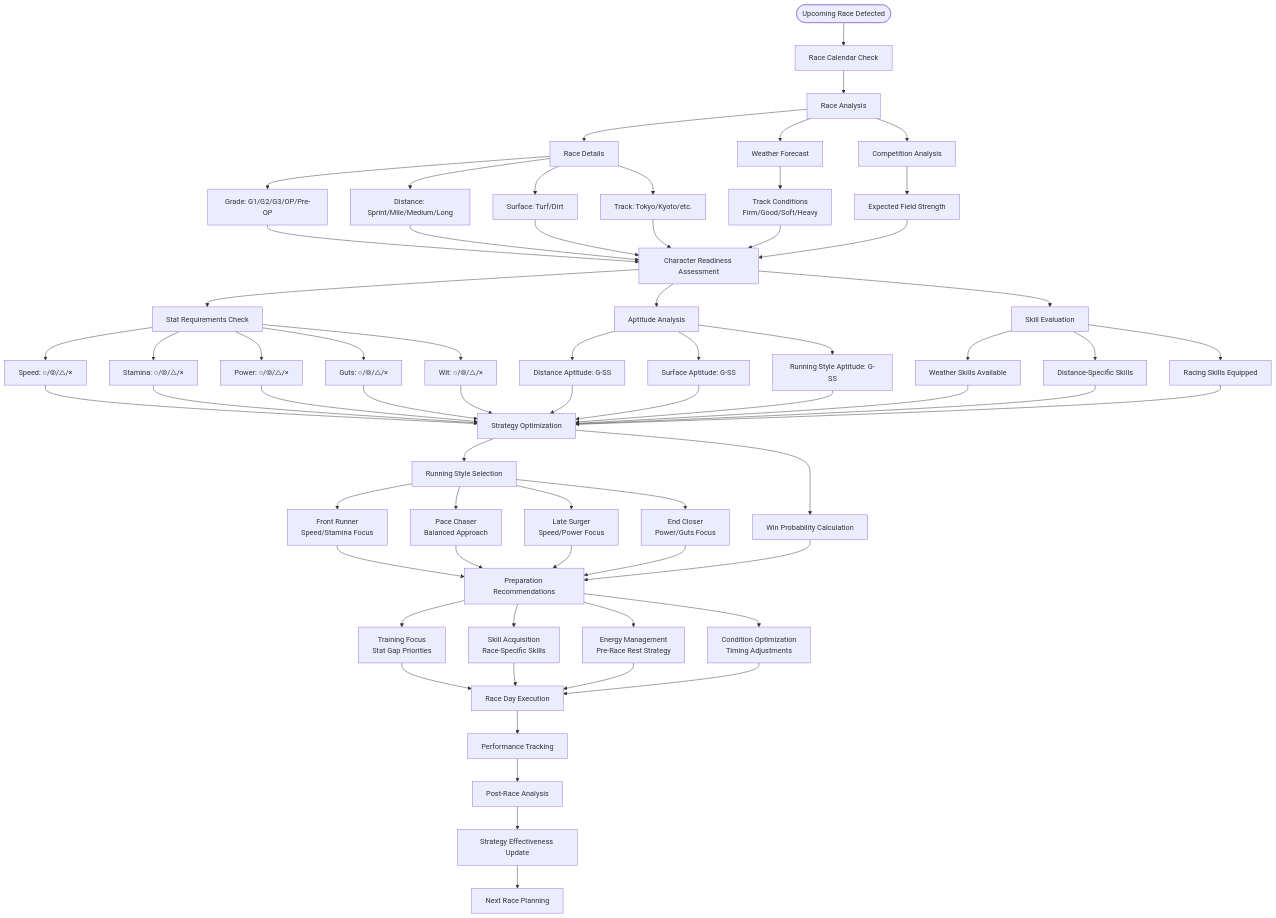
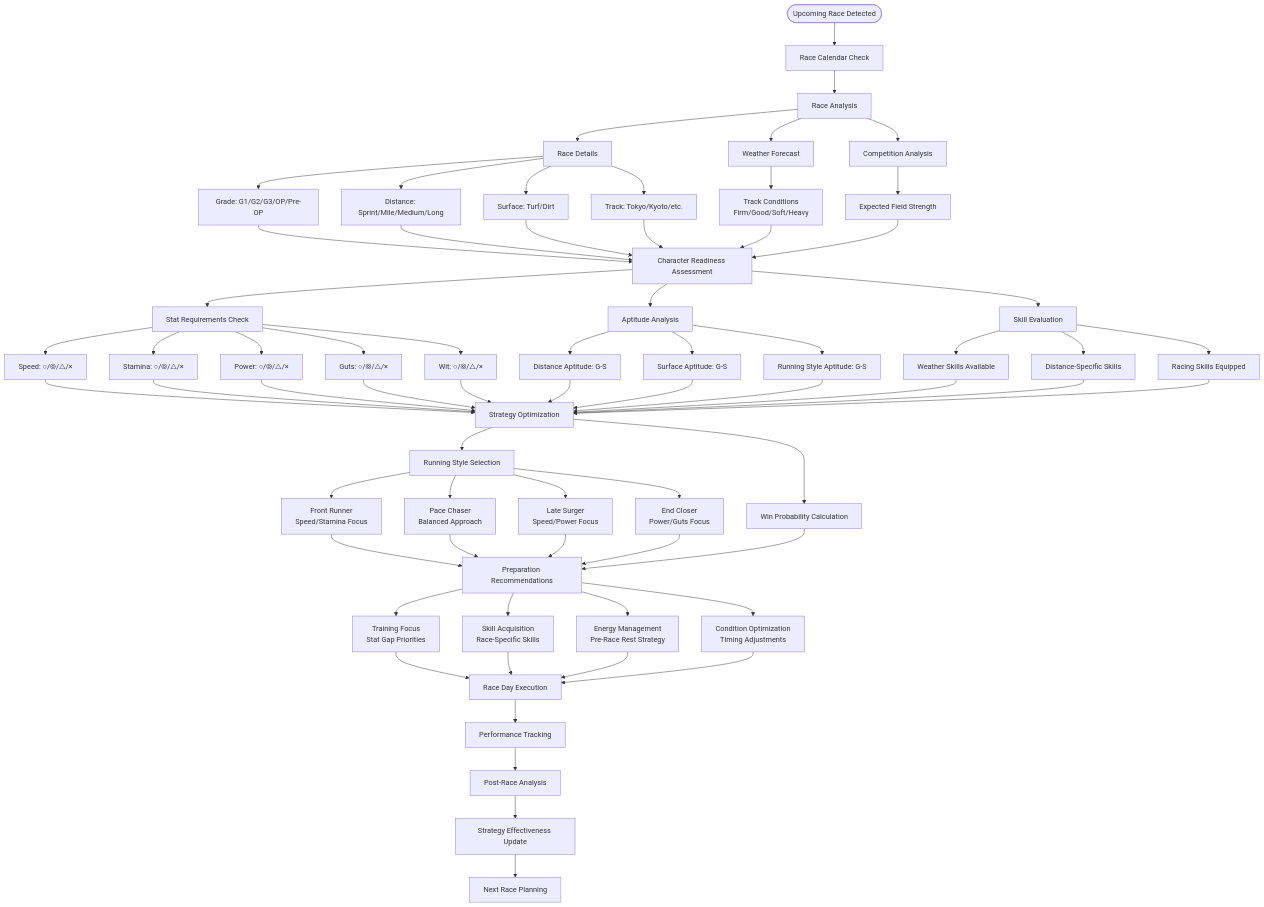
Before and after one commit to exatfrds67/umamusume-career-planner: the third of 7 diagrams in docs/01-diagrams/user-workflow-diagrams.md, drawn with Mermaid. The commit also changed other lines of this file and 313 other files, not shown here.

```diff
--- a/docs/01-diagrams/user-workflow-diagrams.md
+++ b/docs/01-diagrams/user-workflow-diagrams.md
@@ -410,9 +410,9 @@
     StatRequirements --> GutsCheck[Guts: ○/⦾/△/×]
     StatRequirements --> WitCheck[Wit: ○/⦾/△/×]
 
-    AptitudeAnalysis --> DistanceApt[Distance Aptitude: G-SS]
-    AptitudeAnalysis --> SurfaceApt[Surface Aptitude: G-SS]
-    AptitudeAnalysis --> StyleApt[Running Style Aptitude: G-SS]
+    AptitudeAnalysis --> DistanceApt[Distance Aptitude: G-S]
+    AptitudeAnalysis --> SurfaceApt[Surface Aptitude: G-S]
+    AptitudeAnalysis --> StyleApt[Running Style Aptitude: G-S]
 
     SkillEvaluation --> WeatherSkills[Weather Skills Available]
     SkillEvaluation --> DistanceSkills[Distance-Specific Skills]
```
